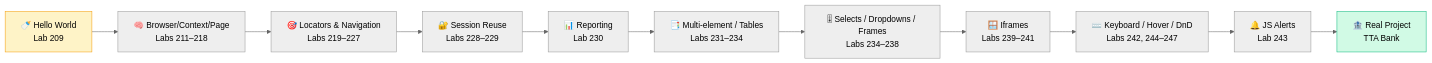
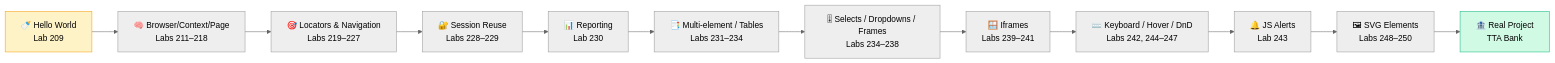
Before and after one commit to PramodDutta/LearningPlaywrightFundamentals: the first of 21 diagrams in README.md, drawn with Mermaid (neutral theme). The commit also changed other lines of this file and 3 other files, not shown here.

````diff
--- a/README.md
+++ b/README.md
@@ -56,16 +57,17 @@
 ```mermaid
 flowchart LR
     A[🍼 Hello World<br/>Lab 209] --> B[🧠 Browser/Context/Page<br/>Labs 211–218]
     B --> C[🎯 Locators & Navigation<br/>Labs 219–227]
     C --> D[🔐 Session Reuse<br/>Labs 228–229]
     D --> E[📊 Reporting<br/>Lab 230]
     E --> F[📑 Multi-element / Tables<br/>Labs 231–234]
     F --> H[🎚 Selects / Dropdowns / Frames<br/>Labs 234–238]
     H --> I[🪟 Iframes<br/>Labs 239–241]
     I --> J[⌨️ Keyboard / Hover / DnD<br/>Labs 242, 244–247]
     J --> K[🔔 JS Alerts<br/>Lab 243]
-    K --> G[🏦 Real Project<br/>TTA Bank]
+    K --> L[🖼 SVG Elements<br/>Labs 248–250]
+    L --> G[🏦 Real Project<br/>TTA Bank]
 
     style A fill:#fef3c7,stroke:#f59e0b,color:#000
     style G fill:#d1fae5,stroke:#10b981,color:#000
 ```
````
